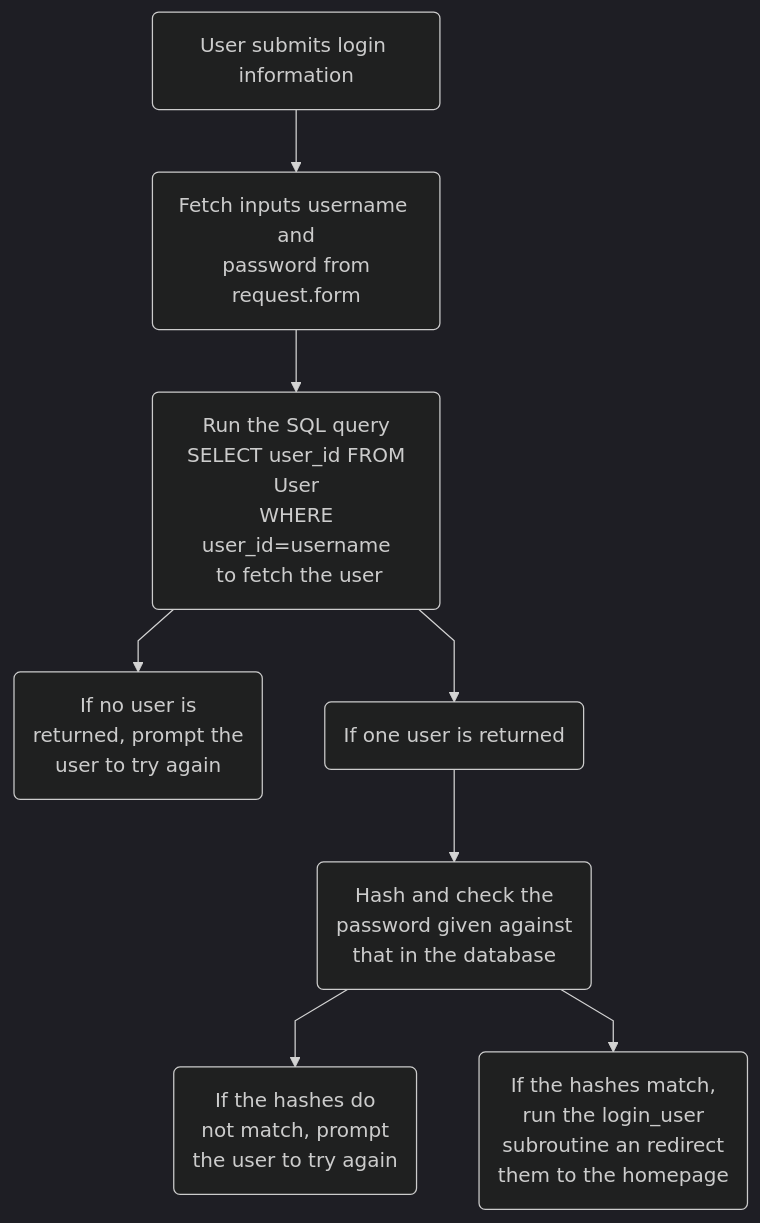
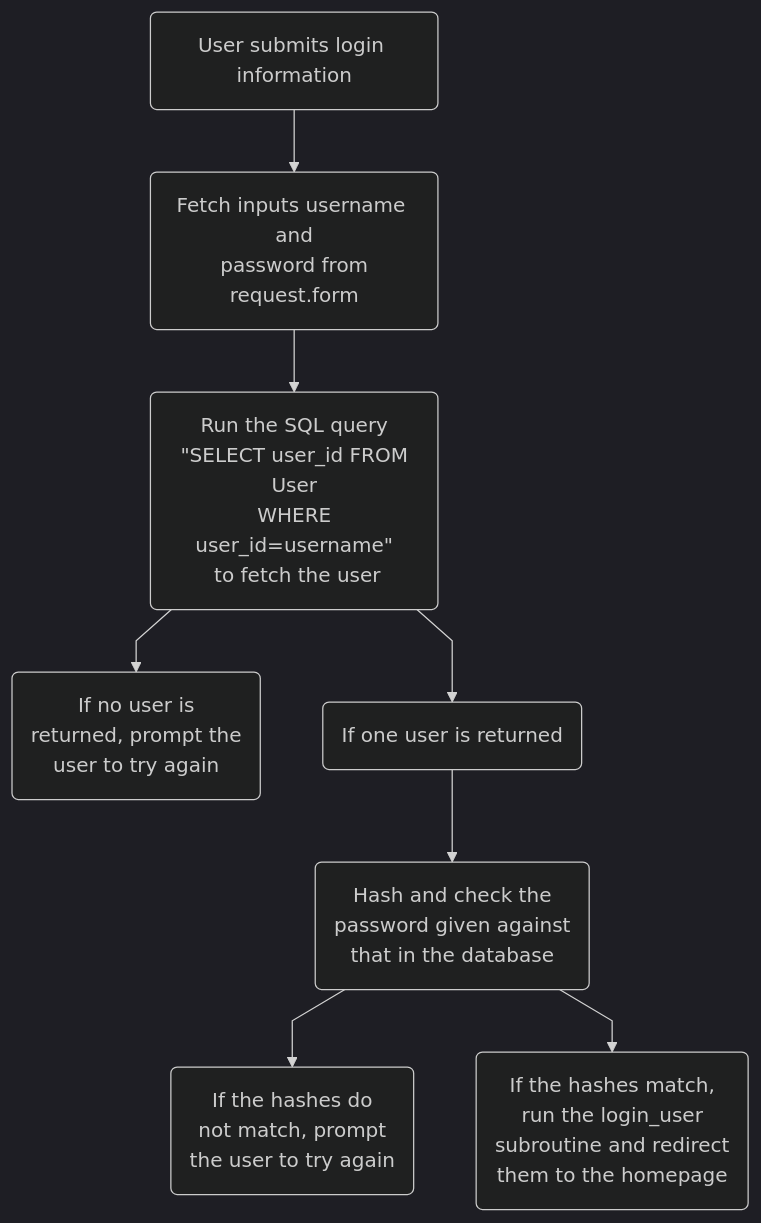
Before and after one commit to tomgxz/Kraken: diagram 11 of 18 in README.md, drawn with Mermaid. The commit also changed other lines of this file, not shown here.

````diff
--- a/README.md
+++ b/README.md
@@ -541,7 +595,7 @@
 ```mermaid
 %%{init: {'theme':'dark', 'flowchart': {'curve': 'linear'},'themeVariables':{'fontFamily':'Lexend,Noto Sans,Helvetica,Arial'}}}%%
 
 graph TD
-  A(User submits login information) --> B("Fetch inputs username and\n password from request.form") --> C("Run the SQL query\n SELECT user_id FROM User\n WHERE user_id=username\n to fetch the user") --> D("If no user is\n returned, prompt the\n user to try again") & E("If one user is returned")
-  E --> F("Hash and check the\n password given against\n that in the database") --> G("If the hashes do\n not match, prompt\n the user to try again") & H("If the hashes match,\n run the login_user\n subroutine an redirect\n them to the homepage")
+  A(User submits login information) --> B("Fetch inputs username and\n password from request.form") --> C("Run the SQL query\n &quot;SELECT user_id FROM User\n WHERE user_id=username&quot;\n to fetch the user") --> D("If no user is\n returned, prompt the\n user to try again") & E("If one user is returned")
+  E --> F("Hash and check the\n password given against\n that in the database") --> G("If the hashes do\n not match, prompt\n the user to try again") & H("If the hashes match,\n run the login_user\n subroutine and redirect\n them to the homepage")
 ```
````
